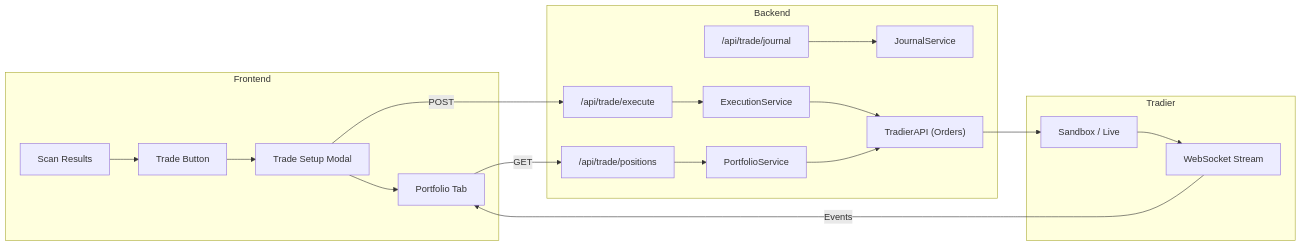
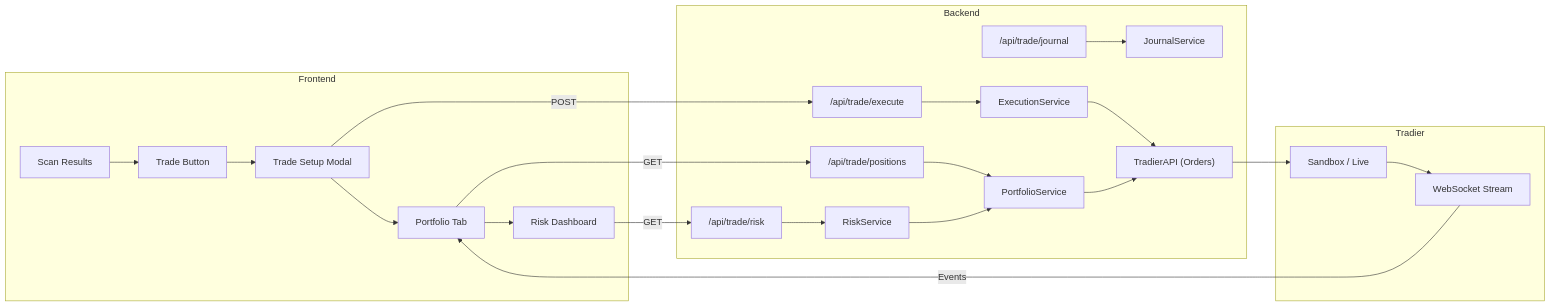
One commit to horlash/Options changed the second of 2 diagrams in docs/AUTOMATED_TRADING_ANALYSIS.md. Above: the diagram before and after it, drawn with Mermaid. The commit also changed other lines of this file and 9 other files, not shown here.

Commit message:
FEATURE: Trading UI - Trade Modal, Portfolio Tab, Risk Dashboard (mock data, port 5002)

````diff
--- a/docs/AUTOMATED_TRADING_ANALYSIS.md
+++ b/docs/AUTOMATED_TRADING_ANALYSIS.md
@@ -200,25 +380,29 @@
 ```mermaid
 flowchart LR
     subgraph Frontend
         A[Scan Results] --> B[Trade Button]
         B --> C[Trade Setup Modal]
         C --> D[Portfolio Tab]
+        D --> E[Risk Dashboard]
     end
     
     subgraph Backend
-        E["/api/trade/execute"] --> F["ExecutionService"]
-        G["/api/trade/positions"] --> H["PortfolioService"]
-        I["/api/trade/journal"] --> J["JournalService"]
-        F --> K["TradierAPI (Orders)"]
-        H --> K
+        F["/api/trade/execute"] --> G["ExecutionService"]
+        H["/api/trade/positions"] --> I["PortfolioService"]
+        J["/api/trade/journal"] --> K["JournalService"]
+        L["/api/trade/risk"] --> M["RiskService"]
+        G --> N["TradierAPI (Orders)"]
+        I --> N
+        M --> I
     end
     
     subgraph Tradier
-        K --> L["Sandbox / Live"]
-        L --> M["WebSocket Stream"]
+        N --> O["Sandbox / Live"]
+        O --> P["WebSocket Stream"]
     end
     
-    C -->|POST| E
-    D -->|GET| G
-    M -->|Events| D
+    C -->|POST| F
+    D -->|GET| H
+    E -->|GET| L
+    P -->|Events| D
 ```
````
